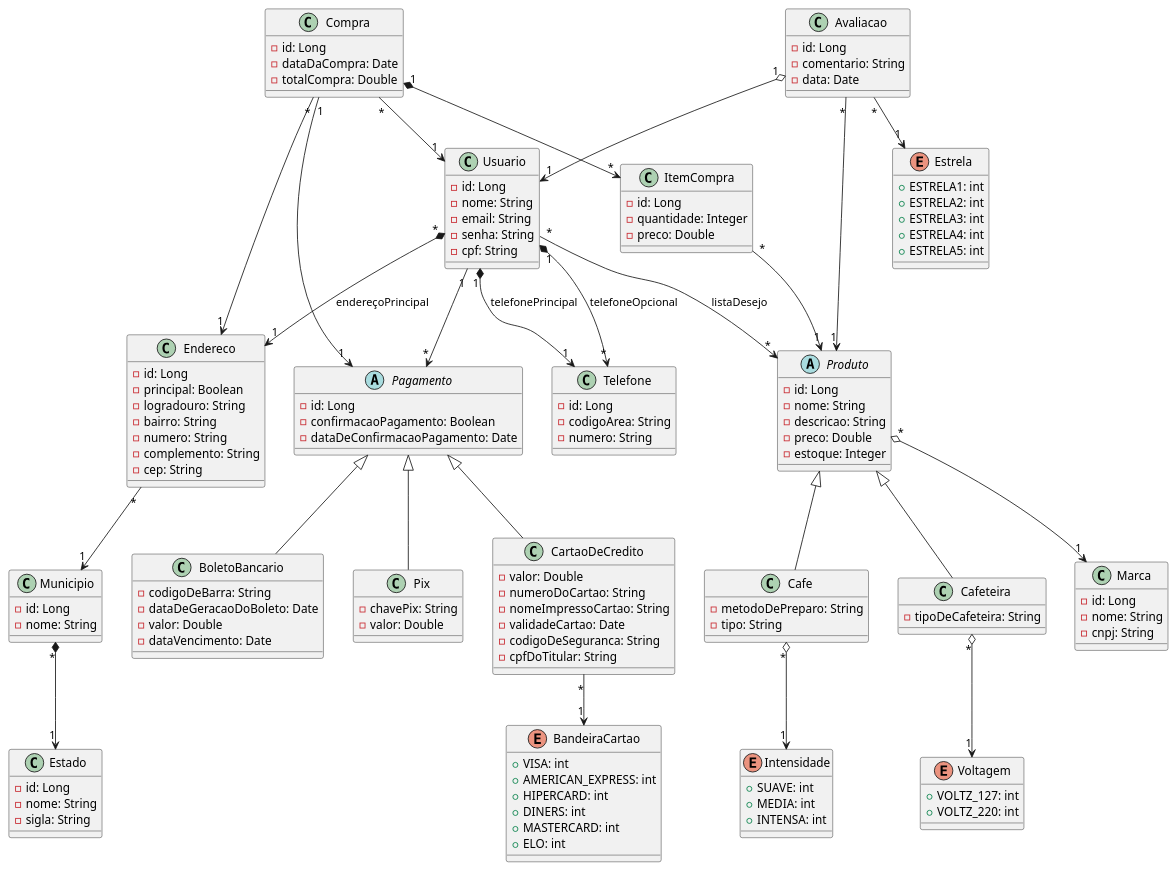
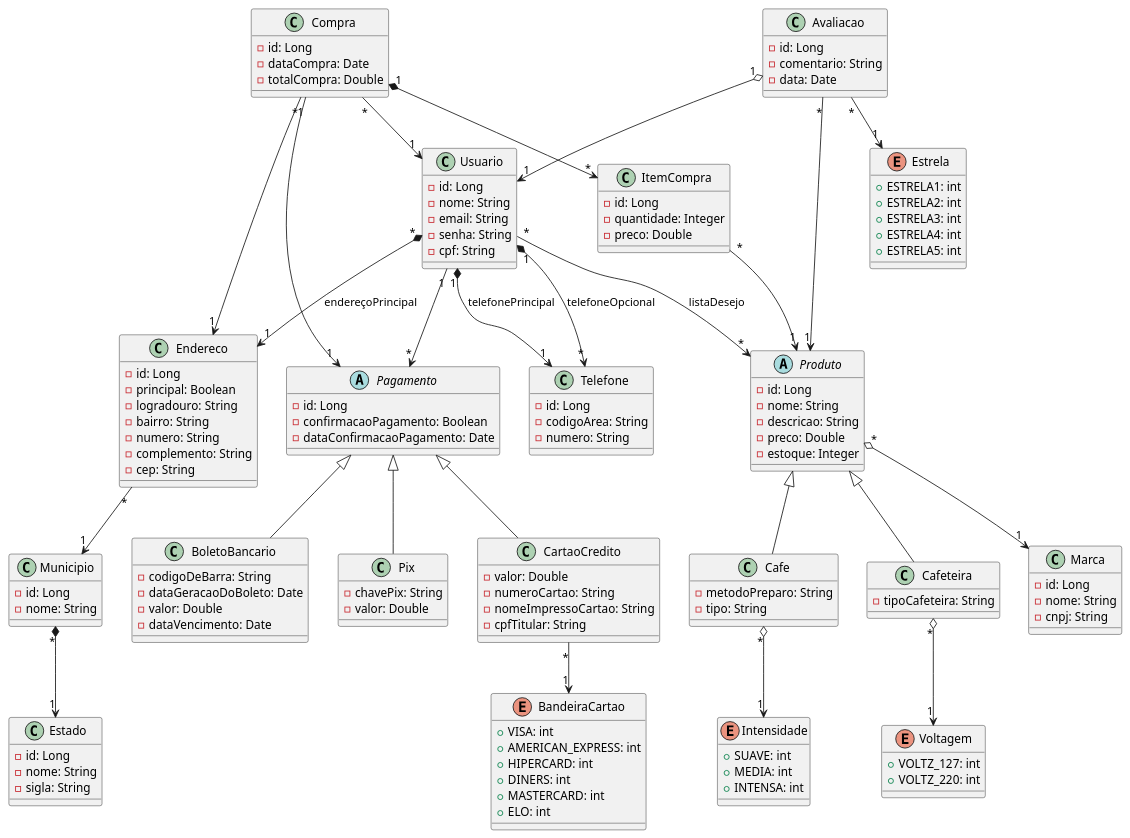
The diagram in JavaCoffee.plantuml (emannuelop/JavaCoffee-eCommerce), drawn with PlantUML before and after one commit.

```diff
--- a/JavaCoffee.plantuml
+++ b/JavaCoffee.plantuml
@@ -1,189 +1,187 @@
 @startuml Coffee-eCommerce
 
     abstract class Produto {
 
         - id: Long
         - nome: String
         - descricao: String
         - preco: Double
         - estoque: Integer
     }
 
     class Cafe {
 
-        - metodoDePreparo: String
+        - metodoPreparo: String
         - tipo: String
     }
 
     class Cafeteira {
 
-        - tipoDeCafeteira: String
+        - tipoCafeteira: String
     }
 
     enum Intensidade {
 
         + SUAVE: int
         + MEDIA: int
         + INTENSA: int
     }
 
     enum Voltagem {
 
         + VOLTZ_127: int
         + VOLTZ_220: int
     }
 
     class Marca {
 
         - id: Long
         - nome: String
         - cnpj: String
     }
 
     class Usuario {
 
         - id: Long
         - nome: String
         - email: String
         - senha: String
         - cpf: String
     }
 
     class Telefone {
 
         - id: Long
         - codigoArea: String
         - numero: String
     }
 
     class Compra {
 
         - id: Long
-        - dataDaCompra: Date
+        - dataCompra: Date
         - totalCompra: Double
     }
 
     class ItemCompra {
 
         - id: Long
         - quantidade: Integer
         - preco: Double
     }
 
     class Endereco {
 
         - id: Long
         - principal: Boolean
         - logradouro: String
         - bairro: String
         - numero: String
         - complemento: String
         - cep: String
     }
 
     class Avaliacao {
 
         - id: Long
         - comentario: String
         - data: Date
     }
 
     enum Estrela {
 
         + ESTRELA1: int
         + ESTRELA2: int
         + ESTRELA3: int
         + ESTRELA4: int
         + ESTRELA5: int
     }
 
     abstract class Pagamento {
 
         - id: Long
         - confirmacaoPagamento: Boolean
-        - dataDeConfirmacaoPagamento: Date
+        - dataConfirmacaoPagamento: Date
     }
 
     class BoletoBancario {
 
         - codigoDeBarra: String
-        - dataDeGeracaoDoBoleto: Date
+        - dataGeracaoDoBoleto: Date
         - valor: Double
         - dataVencimento: Date
     }
 
     class Pix {
 
         - chavePix: String
         - valor: Double
     }
 
-    class CartaoDeCredito {
+    class CartaoCredito {
 
         - valor: Double
-        - numeroDoCartao: String
+        - numeroCartao: String
         - nomeImpressoCartao: String
-        - validadeCartao: Date
-        - codigoDeSeguranca: String
-        - cpfDoTitular: String
+        - cpfTitular: String
     }
 
     enum BandeiraCartao {
 
         + VISA: int
         + AMERICAN_EXPRESS: int
         + HIPERCARD: int
         + DINERS: int
         + MASTERCARD: int
         + ELO: int
     }
 
     class Estado {
 
         - id: Long
         - nome: String
         - sigla: String
     }
 
     class Municipio {
 
         - id: Long
         - nome: String
     }
 
     Produto "*" o--> "1" Marca
 
     Cafe -up-|> Produto
     Cafe "*" o--> "1" Intensidade
 
     Cafeteira -up-|> Produto
     Cafeteira "*" o--> "1" Voltagem
 
     Municipio "*" *--> "1" Estado
 
     Endereco "*" --> "1" Municipio
 
     Usuario "*" --> "*" Produto: listaDesejo
     Usuario "1" *--> "1" Telefone: telefonePrincipal
     Usuario "1" *--> "*" Telefone: telefoneOpcional
     Usuario "*" *--> "1" Endereco: endereçoPrincipal
     Usuario "1" --> "*" Pagamento
 
     ItemCompra "*" --> "1" Produto
 
     BoletoBancario -up-|> Pagamento
 
     Pix -up-|> Pagamento
 
-    CartaoDeCredito -up-|> Pagamento
-    CartaoDeCredito "*" --> "1" BandeiraCartao
+    CartaoCredito -up-|> Pagamento
+    CartaoCredito "*" --> "1" BandeiraCartao
 
     Compra "*" --> "1" Usuario
     Compra "1" *--> "*" ItemCompra
     Compra "*" --> "1" Endereco
     Compra "1" --> "1" Pagamento
 
     Avaliacao "*" --> "1" Estrela
     Avaliacao "1" o--> "1" Usuario
     Avaliacao "*" --> "1" Produto
 @enduml
```
